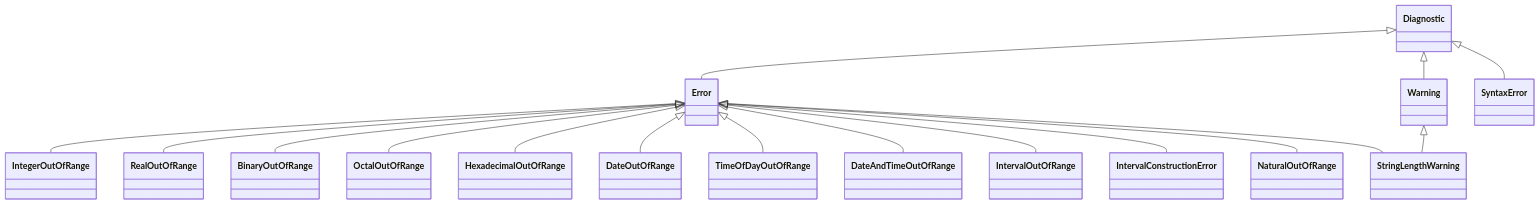
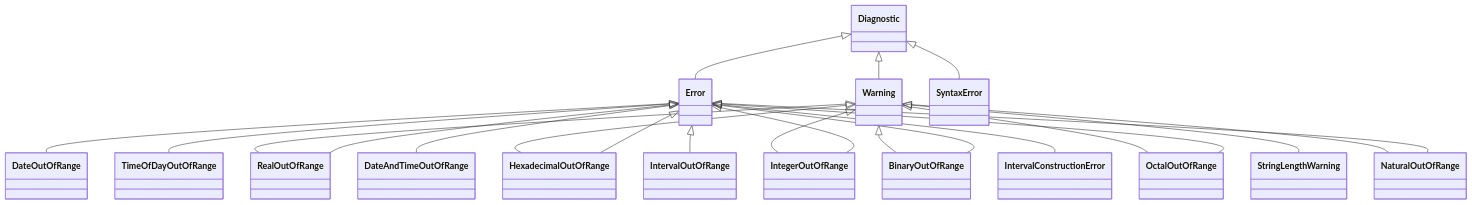
One commit to PascalUser/FLC-IEC61131-7 changed the second of 2 diagrams in doc/modules/utils.md. Above: the diagram before and after it, drawn with Mermaid. The commit also changed 5 other files, not shown here.

````diff
--- a/doc/modules/utils.md
+++ b/doc/modules/utils.md
@@ -128,19 +128,24 @@
 ```mermaid
 classDiagram
     Diagnostic <|-- Error
     Diagnostic <|-- Warning
     Error <|-- IntegerOutOfRange
     Error <|-- RealOutOfRange
     Error <|-- BinaryOutOfRange
     Error <|-- OctalOutOfRange
     Error <|-- HexadecimalOutOfRange
     Error <|-- DateOutOfRange
     Error <|-- TimeOfDayOutOfRange
     Error <|-- DateAndTimeOutOfRange
     Error <|-- IntervalOutOfRange
     Error <|-- IntervalConstructionError
     Error <|-- NaturalOutOfRange
-    Error <|-- StringLengthWarning
     Warning <|-- StringLengthWarning
+    Warning <|-- HexadecimalOutOfRange
+    Warning <|-- RealOutOfRange
+    Warning <|-- NaturalOutOfRange
+    Warning <|-- BinaryOutOfRange
+    Warning <|-- OctalOutOfRange
+    Warning <|-- IntegerOutOfRange
     Diagnostic <|-- SyntaxError
 ```
````
